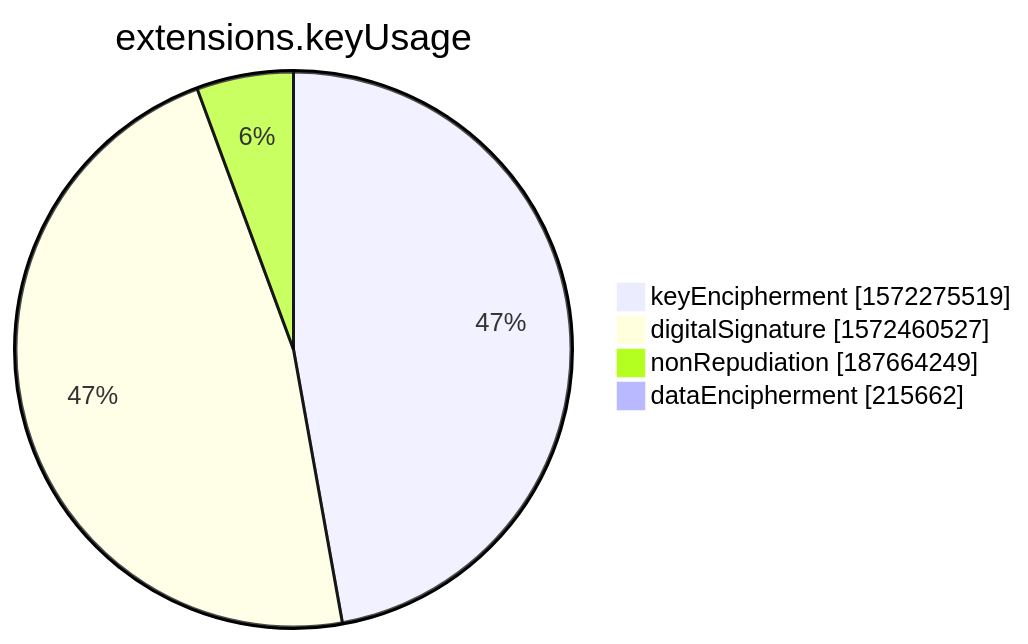
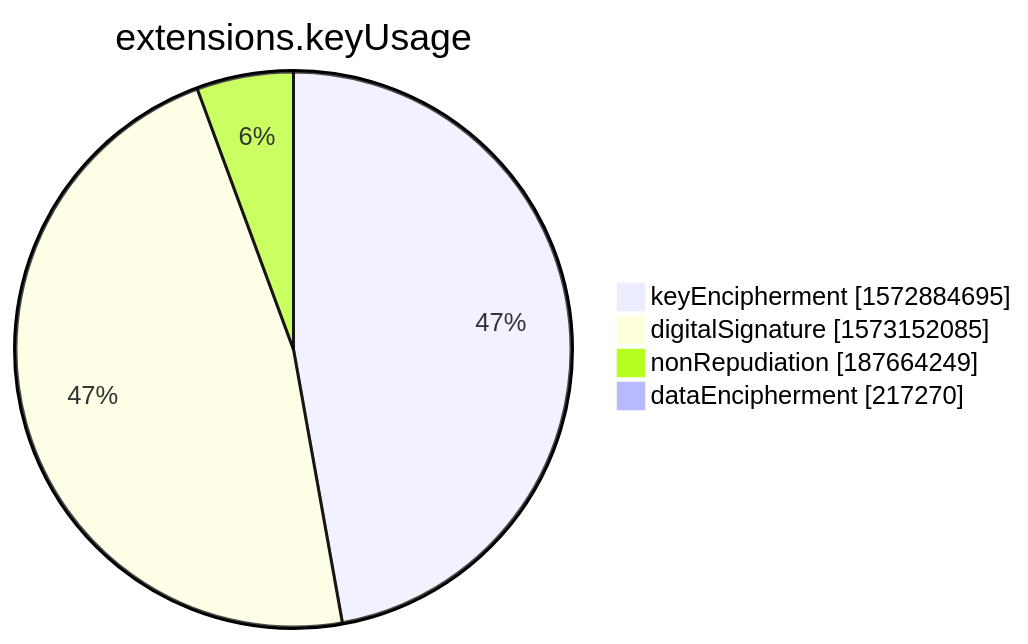
Before and after one commit to christiankrug/ctmonitor_visualization: the seventh of 15 diagrams in xenon2022/README.md, drawn with Mermaid. The commit also changed other lines of this file, not shown here.

````diff
--- a/xenon2022/README.md
+++ b/xenon2022/README.md
@@ -2853,8 +2853,8 @@
 ```mermaid
 pie showData
 title extensions.keyUsage
-"keyEncipherment" :1572275519
-"digitalSignature" :1572460527
+"keyEncipherment" :1572884695
+"digitalSignature" :1573152085
 "nonRepudiation" :187664249
-"dataEncipherment" :215662
+"dataEncipherment" :217270
 ```
````
